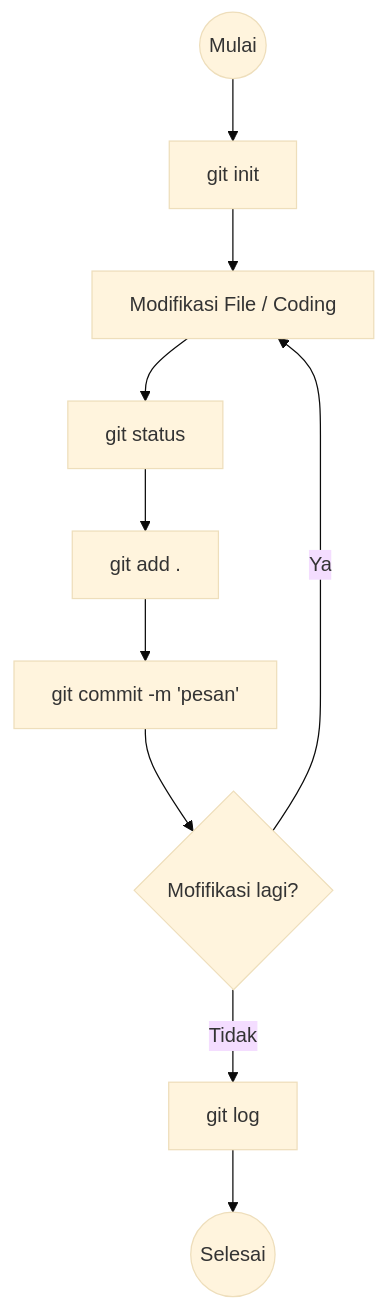
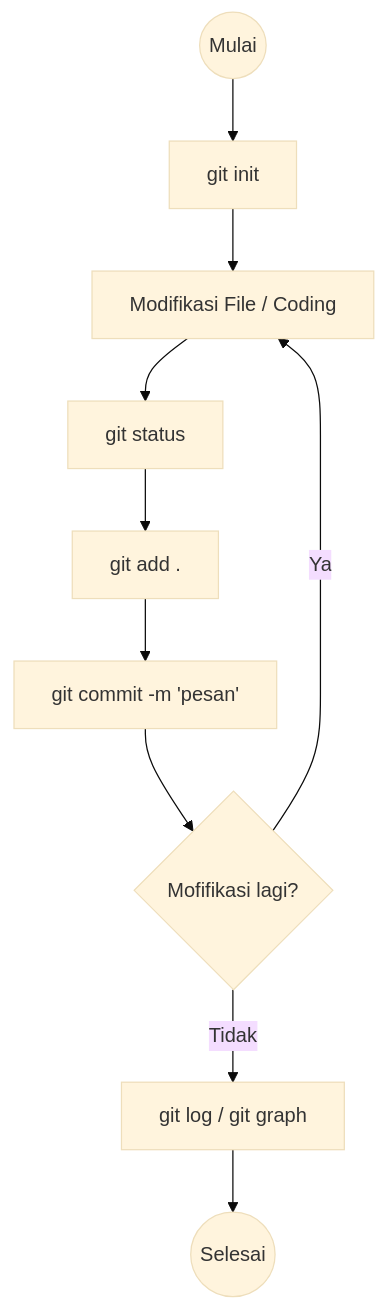
The first of 2 diagrams in docs/version-control/basic-git-commands.md (IoT-Smart-Hydroponic/learning), drawn with Mermaid (base theme) before and after one commit. The commit also changed other lines of this file, not shown here.

Commit message:
docs: enhance basic Git commands documentation with tips on combining commands and remote repository operations

````diff
--- a/docs/version-control/basic-git-commands.md
+++ b/docs/version-control/basic-git-commands.md
@@ -83,16 +177,16 @@
 ```mermaid
 graph TD
     Start((Mulai)) --> Init[git init]
     Init --> Coding[Modifikasi File / Coding]
     
     Coding --> Status[git status]
     Status --> Add[git add .]
     
     Add --> Commit[git commit -m 'pesan']
     
     Commit --> More{Mofifikasi lagi?}
     More -- Ya --> Coding
-    More -- Tidak --> Log[git log]
+    More -- Tidak --> Log[git log / git graph]
     
     Log --> Selesai((Selesai))
 ```
````
